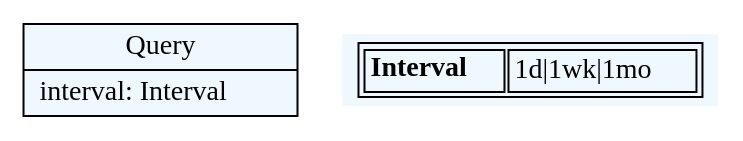
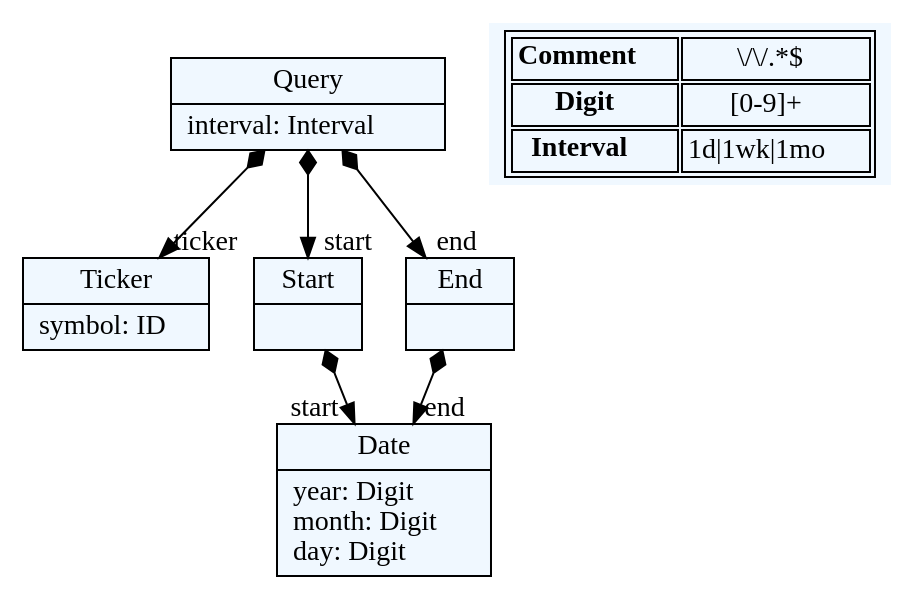
The diagram in scraper/dotexport/scraper_metamodel.dot (DusanStevic/textx-lang-quant), drawn with Graphviz before and after one commit. The commit also changed 9 other files, not shown here.

```diff
--- a/scraper/dotexport/scraper_metamodel.dot
+++ b/scraper/dotexport/scraper_metamodel.dot
@@ -1,25 +1,44 @@
 
     digraph textX {
     fontname = "Bitstream Vera Sans"
     fontsize = 8
     node[
         shape=record,
         style=filled,
         fillcolor=aliceblue
     ]
     nodesep = 0.3
     edge[dir=black,arrowtail=empty]
 
 
-52187560[ label="{Query|interval: Interval\l}"]
+52205576[ label="{Query|interval: Interval\l}"]
+
+52197080[ label="{Ticker|symbol: ID\l}"]
+
+52215960[ label="{Start|}"]
+
+52218792[ label="{End|}"]
+
+52191416[ label="{Date|year: Digit\lmonth: Digit\lday: Digit\l}"]
 
 
 
+52205576 -> 52197080[arrowtail=diamond, dir=both, headlabel="ticker "]
+52205576 -> 52215960[arrowtail=diamond, dir=both, headlabel="start "]
+52205576 -> 52218792[arrowtail=diamond, dir=both, headlabel="end "]
+52215960 -> 52191416[arrowtail=diamond, dir=both, headlabel="start "]
+52218792 -> 52191416[arrowtail=diamond, dir=both, headlabel="end "]
 match_rules [ shape=plaintext, label=< <table>
+	<tr>
+		<td><b>Comment</b></td><td>\/\/.*$</td>
+	</tr>
+	<tr>
+		<td><b>Digit</b></td><td>[0-9]+</td>
+	</tr>
 	<tr>
 		<td><b>Interval</b></td><td>1d|1wk|1mo</td>
 	</tr>
 </table> >]
 
 
 }
```
